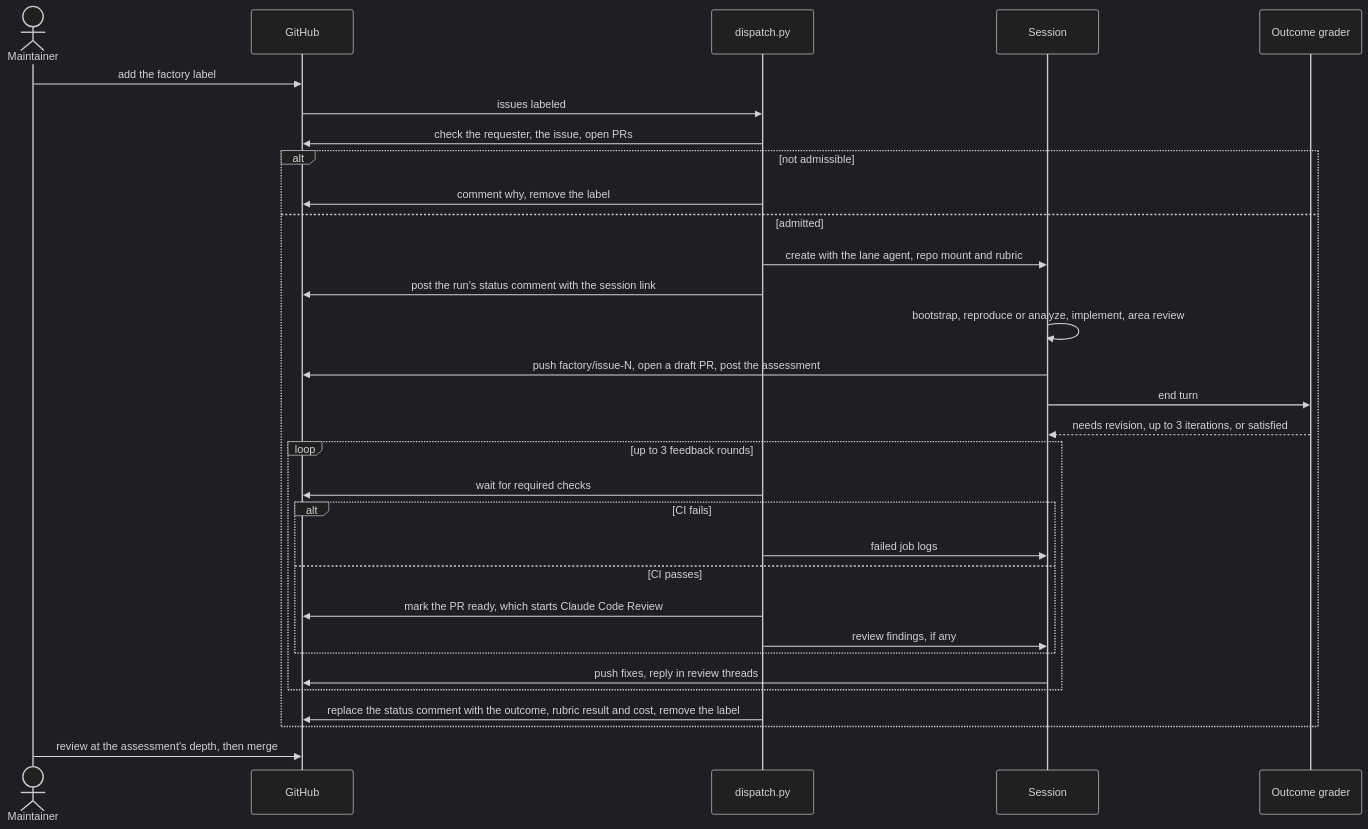
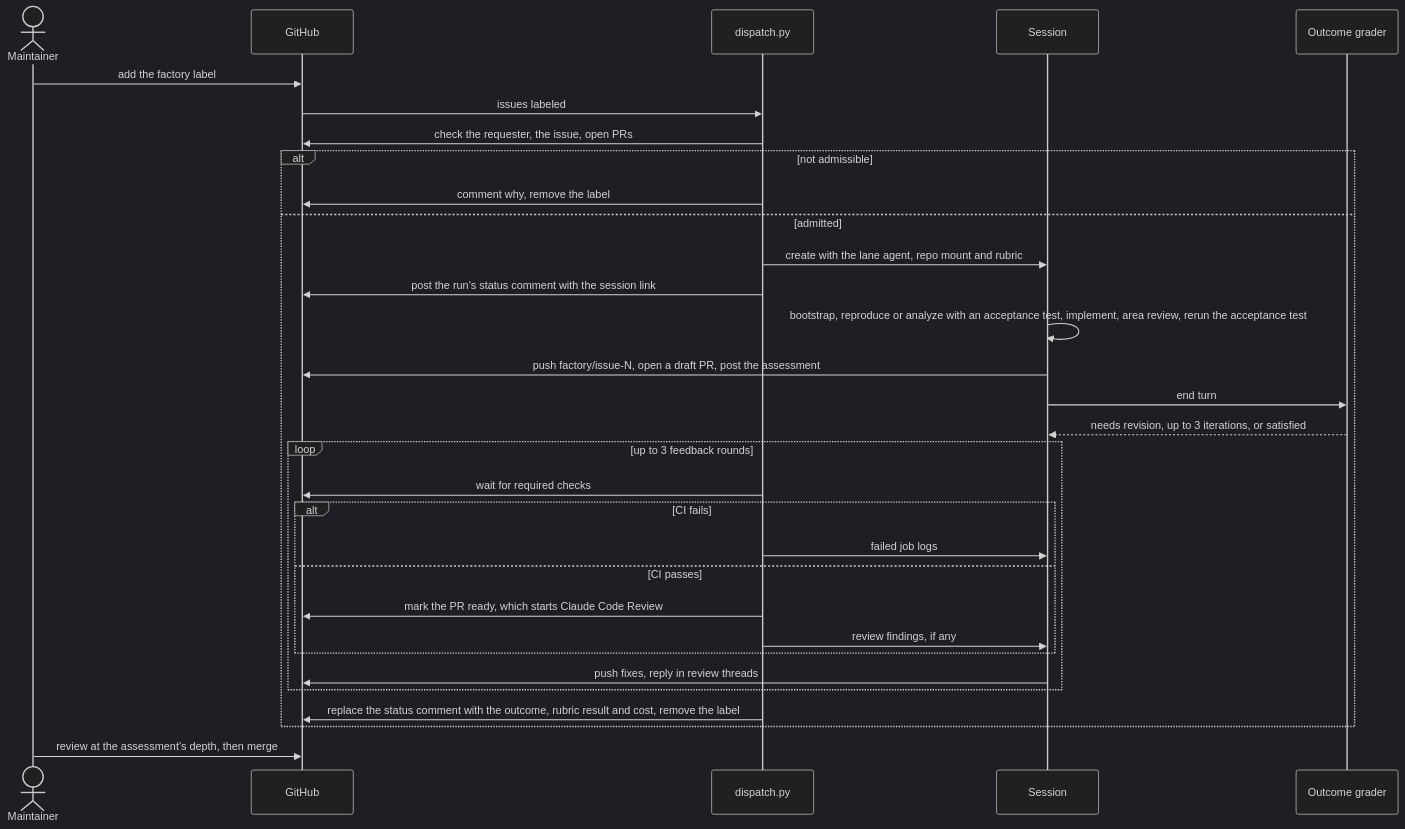
Before and after one commit to Arize-ai/phoenix: the second of 4 diagrams in factory/README.md, drawn with Mermaid (dark theme). The commit also changed other lines of this file and 7 other files, not shown here.

First line of the commit message:
chore(factory): have the reproducer and analyst run an acceptance test before and after the change (#17544)

````diff
--- a/factory/README.md
+++ b/factory/README.md
@@ -60,34 +60,34 @@
 ```mermaid
 sequenceDiagram
   actor maintainer as Maintainer
   participant github as GitHub
   participant dispatch as dispatch.py
   participant session as Session
   participant grader as Outcome grader
 
   maintainer->>github: add the factory label
   github->>dispatch: issues labeled
   dispatch->>github: check the requester, the issue, open PRs
   alt not admissible
     dispatch->>github: comment why, remove the label
   else admitted
     dispatch->>session: create with the lane agent, repo mount and rubric
     dispatch->>github: post the run's status comment with the session link
-    session->>session: bootstrap, reproduce or analyze, implement, area review
+    session->>session: bootstrap, reproduce or analyze with an acceptance test, implement, area review, rerun the acceptance test
     session->>github: push factory/issue-N, open a draft PR, post the assessment
     session->>grader: end turn
     grader-->>session: needs revision, up to 3 iterations, or satisfied
     loop up to 3 feedback rounds
       dispatch->>github: wait for required checks
       alt CI fails
         dispatch->>session: failed job logs
       else CI passes
         dispatch->>github: mark the PR ready, which starts Claude Code Review
         dispatch->>session: review findings, if any
       end
       session->>github: push fixes, reply in review threads
     end
     dispatch->>github: replace the status comment with the outcome, rubric result and cost, remove the label
   end
   maintainer->>github: review at the assessment's depth, then merge
 ```
````
